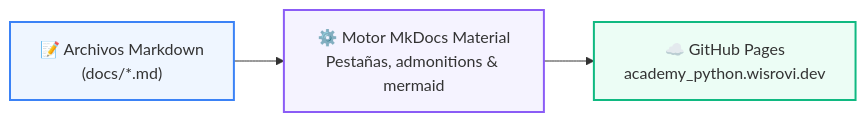
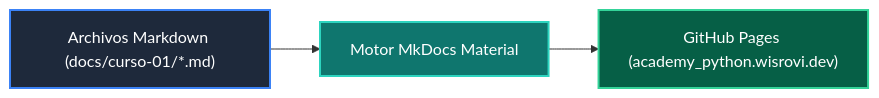
Before and after one commit to wisrovi/wisrovi-python: the diagram in docs/curso-01/README.md, drawn with Mermaid. The commit also changed other lines of this file and 271 other files, not shown here.

Commit message:
docs: rewrite all README.md files with bespoke topic-specific Mermaid diagrams and remove repetitive boilerplate

````diff
--- a/docs/curso-01/README.md
+++ b/docs/curso-01/README.md
@@ -10,9 +10,9 @@
 ```mermaid
 flowchart LR
-    SRC["📝 Archivos Markdown<br/>(docs/*.md)"] --> MKDOCS["⚙️ Motor MkDocs Material<br/>Pestañas, admonitions & mermaid"]
-    MKDOCS --> GHPAGES["☁️ GitHub Pages<br/>academy_python.wisrovi.dev"]
+    MD["Archivos Markdown (docs/curso-01/*.md)"] --> MKD["Motor MkDocs Material"]
+    MKD --> GHP["GitHub Pages (academy_python.wisrovi.dev)"]
 
-    style SRC fill:#eff6ff,stroke:#3b82f6,stroke-width:2px
-    style MKDOCS fill:#f5f3ff,stroke:#8b5cf6,stroke-width:2px
-    style GHPAGES fill:#ecfdf5,stroke:#10b981,stroke-width:2px
+    style MD fill:#1e293b,color:#fff,stroke:#3b82f6,stroke-width:2px
+    style MKD fill:#0f766e,color:#fff,stroke:#2dd4bf,stroke-width:2px
+    style GHP fill:#065f46,color:#fff,stroke:#34d399,stroke-width:2px
 ```
````
